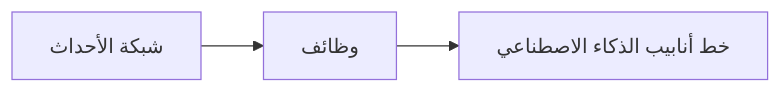
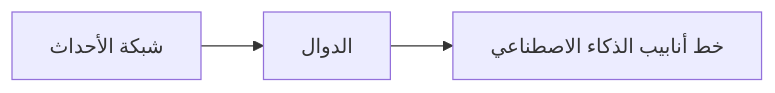
The second of 2 diagrams in translations/ar/docs/chapter-08-production/README.md (microsoft/AZD-for-beginners), drawn with Mermaid before and after one commit. The commit also changed other lines of this file and 104 other files, not shown here.

````diff
--- a/translations/ar/docs/chapter-08-production/README.md
+++ b/translations/ar/docs/chapter-08-production/README.md
@@ -56,4 +57,4 @@
 ```mermaid
 graph LR
-    EventGrid[شبكة الأحداث] --> Functions[وظائف] --> Pipeline[خط أنابيب الذكاء الاصطناعي]
+    EventGrid[شبكة الأحداث] --> Functions[الدوال] --> Pipeline[خط أنابيب الذكاء الاصطناعي]
 ```
````
